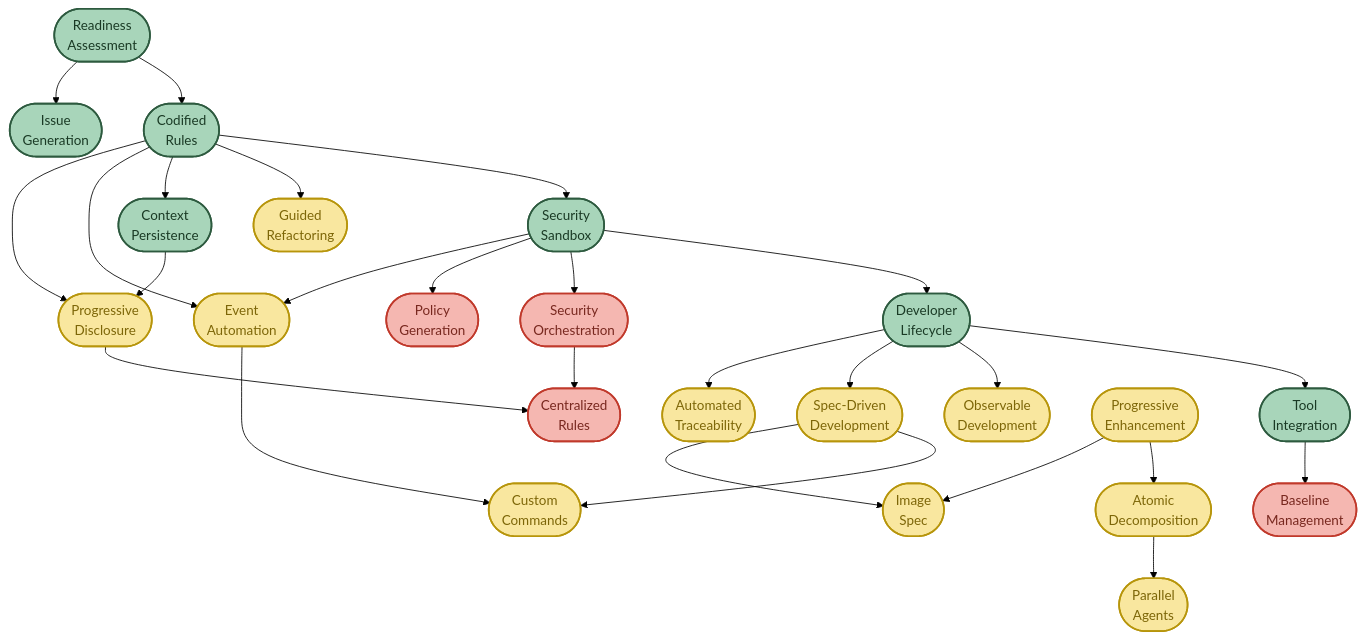
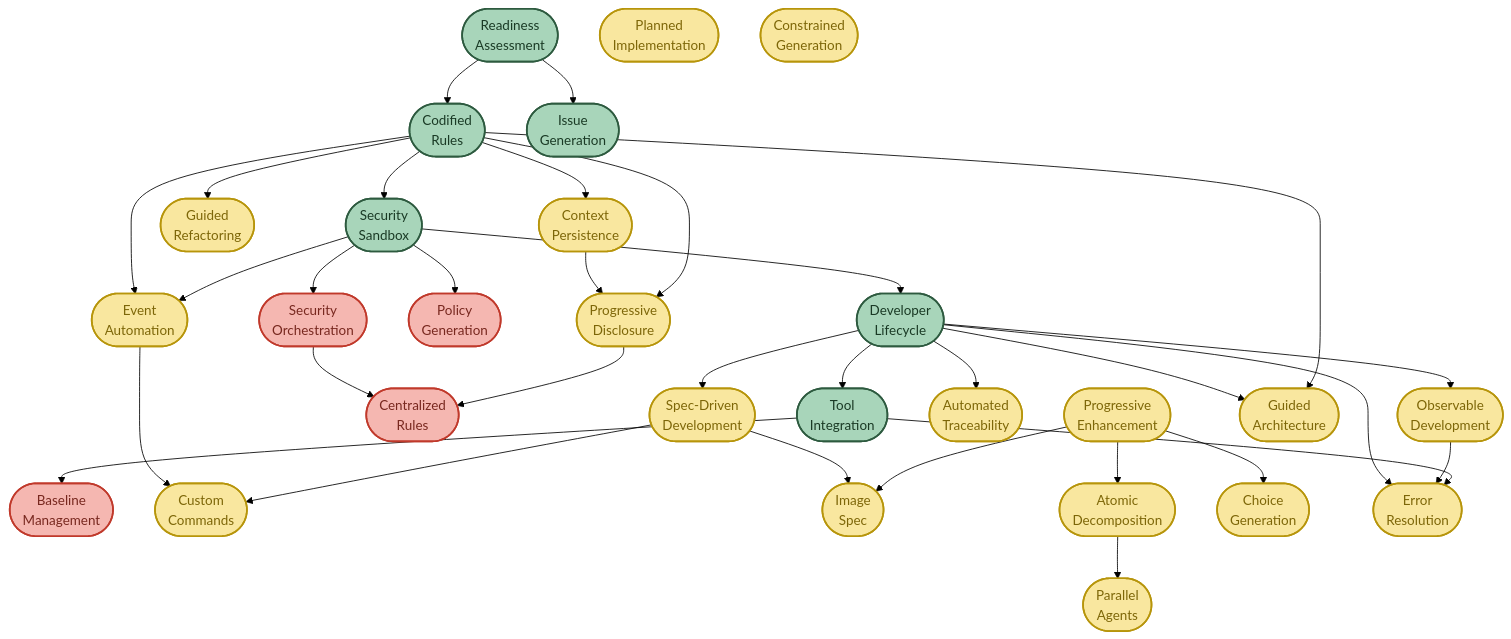
One commit to PaulDuvall/ai-development-patterns changed the first of 14 diagrams in README.md. Above: the diagram before and after it, drawn with Mermaid (forest theme). The commit also changed other lines of this file and 14 other files, not shown here.

First line of the commit message:
fix(docs): resolve deprecated APIs, outdated actions, and diagram gaps

````diff
--- a/README.md
+++ b/README.md
@@ -46,13 +46,23 @@
     AD --> PA([Parallel<br/>Agents])
     PE --> IS
 
+    %% ROW 5: Additional development patterns
+    PE --> CG([Choice<br/>Generation])
+    DL --> GA([Guided<br/>Architecture])
+    CR --> GA
+    DL --> ER([Error<br/>Resolution])
+    OD --> ER
+    TI --> ER
+    PI([Planned<br/>Implementation])
+    CnG([Constrained<br/>Generation])
+
     %% STYLING
     classDef foundation fill:#a8d5ba,stroke:#2d5a3f,stroke-width:2px,color:#1a3a25
     classDef development fill:#f9e79f,stroke:#b7950b,stroke-width:2px,color:#7d6608
     classDef operations fill:#f5b7b1,stroke:#c0392b,stroke-width:2px,color:#78281f
 
-    class RA,CR,SS,DL,TI,IG,CP foundation
-    class PE,SD,AD,PA,OD,GR,AT,EA,CC,PD,IS development
+    class RA,CR,SS,DL,TI,IG foundation
+    class PE,SD,AD,PA,OD,GR,AT,EA,CC,PD,IS,CP,CG,GA,ER,PI,CnG development
     class PG,SO,BM,CZR operations
 
     %% CLICKABLE LINKS
@@ -77,5 +87,10 @@
     click PG "https://github.com/PaulDuvall/ai-development-patterns#policy-generation"
     click SO "https://github.com/PaulDuvall/ai-development-patterns#security-orchestration"
     click CZR "https://github.com/PaulDuvall/ai-development-patterns#centralized-rules"
+    click PI "https://github.com/PaulDuvall/ai-development-patterns#planned-implementation"
+    click CG "https://github.com/PaulDuvall/ai-development-patterns#choice-generation"
+    click CnG "https://github.com/PaulDuvall/ai-development-patterns#constrained-generation"
+    click ER "https://github.com/PaulDuvall/ai-development-patterns#error-resolution"
+    click GA "https://github.com/PaulDuvall/ai-development-patterns#guided-architecture"
     click BM "https://github.com/PaulDuvall/ai-development-patterns#baseline-management"
 ```
````
